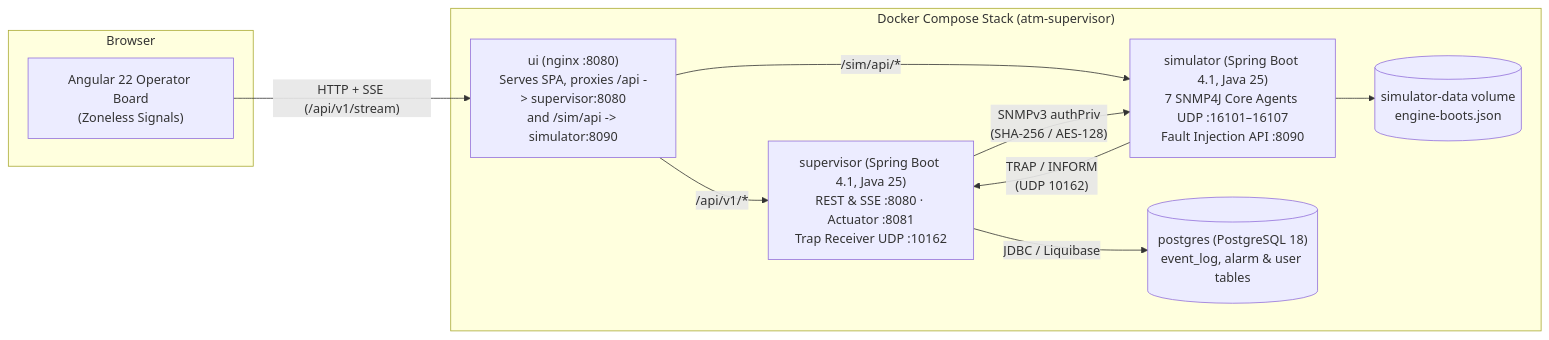
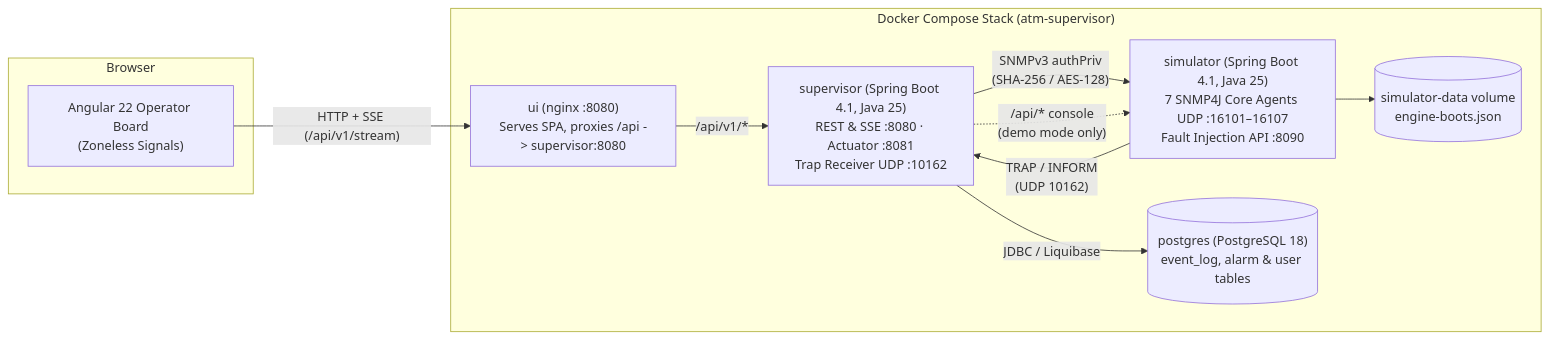
The second of 4 diagrams in docs/architecture.md (selvitopu/atm_superviser), drawn with Mermaid before and after one commit. The commit also changed other lines of this file and 14 other files, not shown here.

First line of the commit message:
Give a failed sign-in in the demo preflight its own message, and bring the documentation in line with the console that now goes through the supervisor.

````diff
--- a/docs/architecture.md
+++ b/docs/architecture.md
@@ -25,22 +25,22 @@
 ```mermaid
 flowchart LR
     subgraph Browser["Browser"]
         SPA["Angular 22 Operator Board<br/>(Zoneless Signals)"]
     end
 
     subgraph Compose["Docker Compose Stack (atm-supervisor)"]
-        UI["ui (nginx :8080)<br/>Serves SPA, proxies /api -> supervisor:8080<br/>and /sim/api -> simulator:8090"]
+        UI["ui (nginx :8080)<br/>Serves SPA, proxies /api -> supervisor:8080"]
         SUP["supervisor (Spring Boot 4.1, Java 25)<br/>REST & SSE :8080 · Actuator :8081<br/>Trap Receiver UDP :10162"]
         SIM["simulator (Spring Boot 4.1, Java 25)<br/>7 SNMP4J Core Agents UDP :16101–16107<br/>Fault Injection API :8090"]
         DB[("postgres (PostgreSQL 18)<br/>event_log, alarm & user tables")]
         VOL[("simulator-data volume<br/>engine-boots.json")]
     end
 
     SPA -->|"HTTP + SSE (/api/v1/stream)"| UI
     UI -->|"/api/v1/*"| SUP
-    UI -->|"/sim/api/*"| SIM
     SUP -->|"SNMPv3 authPriv<br/>(SHA-256 / AES-128)"| SIM
+    SUP -.->|"/api/* console<br/>(demo mode only)"| SIM
     SIM -->|"TRAP / INFORM<br/>(UDP 10162)"| SUP
     SUP -->|"JDBC / Liquibase"| DB
     SIM --> VOL
 ```
````
